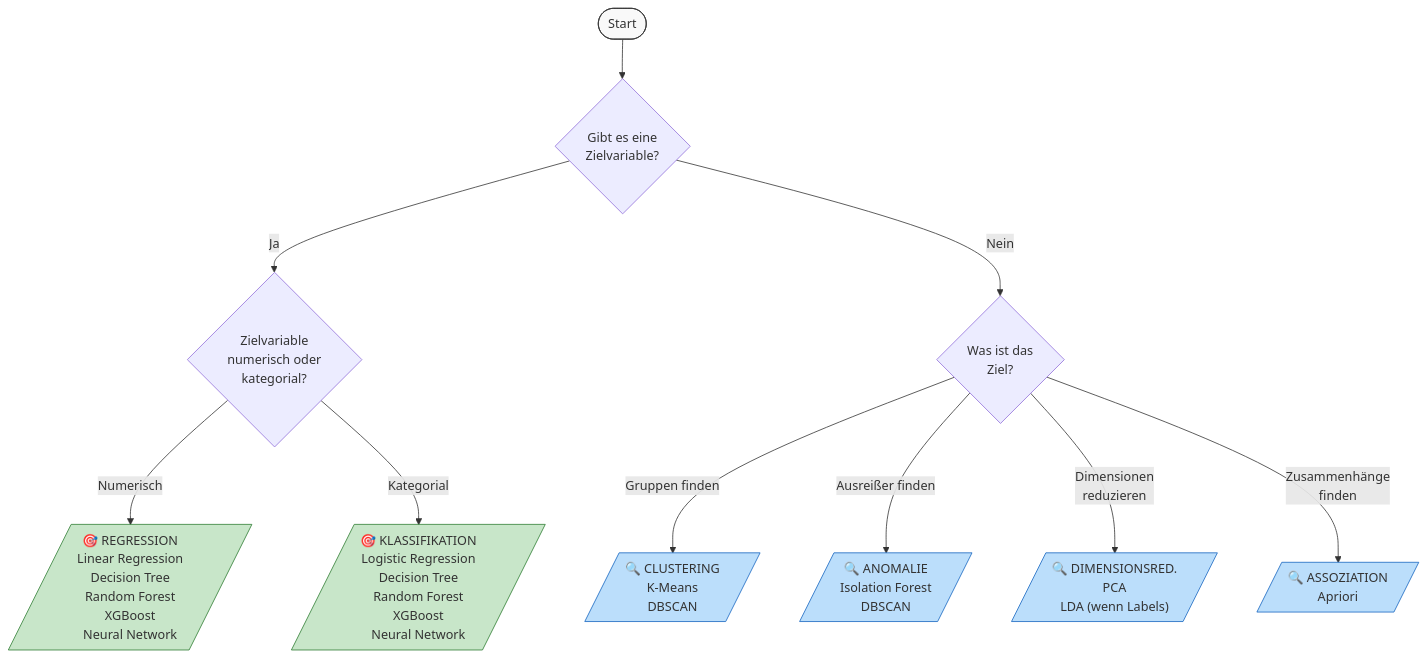
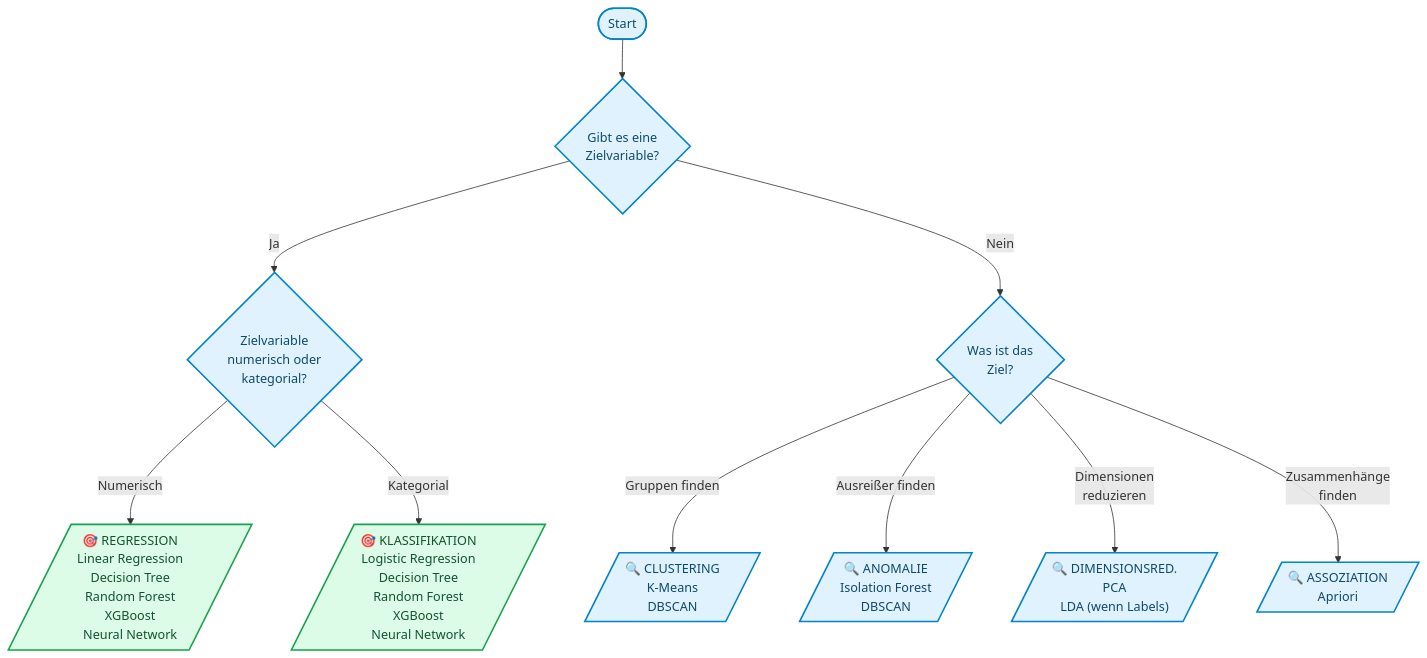
Before and after one commit to ralf-42/ML_Intro: the diagram in docs/concepts/modeling/modell-steckbriefe.md, drawn with Mermaid. The commit also changed 67 other files, not shown here.

````diff
--- a/docs/concepts/modeling/modell-steckbriefe.md
+++ b/docs/concepts/modeling/modell-steckbriefe.md
@@ -501,27 +501,23 @@
 ```mermaid
 flowchart TD
     START([Start]) --> Q1{Gibt es eine<br/>Zielvariable?}
     
     Q1 -->|Ja| Q2{Zielvariable<br/>numerisch oder<br/>kategorial?}
     Q1 -->|Nein| Q3{Was ist das<br/>Ziel?}
     
     Q2 -->|Numerisch| REG[/"🎯 REGRESSION<br/>Linear Regression<br/>Decision Tree<br/>Random Forest<br/>XGBoost<br/>Neural Network"/]
     
     Q2 -->|Kategorial| CLASS[/"🎯 KLASSIFIKATION<br/>Logistic Regression<br/>Decision Tree<br/>Random Forest<br/>XGBoost<br/>Neural Network"/]
     
     Q3 -->|Gruppen finden| CLUST[/"🔍 CLUSTERING<br/>K-Means<br/>DBSCAN"/]
 
     Q3 -->|Ausreißer finden| ANOM[/"🔍 ANOMALIE<br/>Isolation Forest<br/>DBSCAN"/]
 
     Q3 -->|Dimensionen<br/>reduzieren| DIM[/"🔍 DIMENSIONSRED.<br/>PCA<br/>LDA (wenn Labels)"/]
     
     Q3 -->|Zusammenhänge<br/>finden| ASSOC[/"🔍 ASSOZIATION<br/>Apriori"/]
-    
-    style START fill:#f9f9f9,stroke:#333
-    style REG fill:#c8e6c9,stroke:#2e7d32
-    style CLASS fill:#c8e6c9,stroke:#2e7d32
-    style CLUST fill:#bbdefb,stroke:#1565c0
-    style ANOM fill:#bbdefb,stroke:#1565c0
-    style DIM fill:#bbdefb,stroke:#1565c0
-    style ASSOC fill:#bbdefb,stroke:#1565c0
+
+    classDef default fill:#e0f2fe,stroke:#0284c7,stroke-width:2px,color:#0c4a6e;
+    classDef output fill:#dcfce7,stroke:#16a34a,stroke-width:2px,color:#14532d;
+    class REG,CLASS output;
 ```
````
